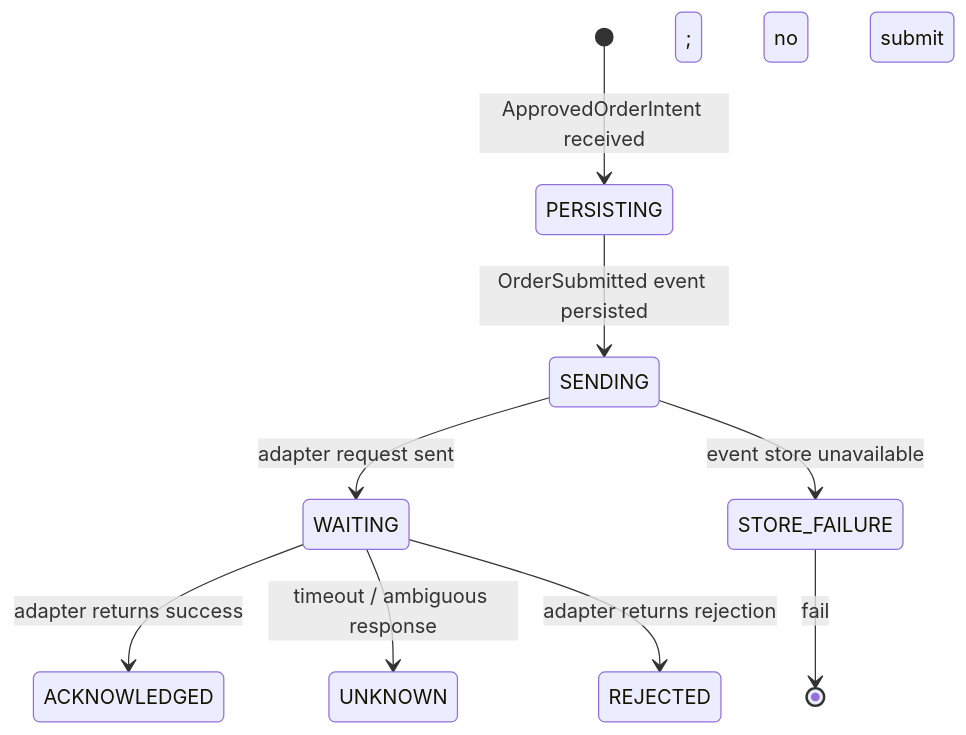
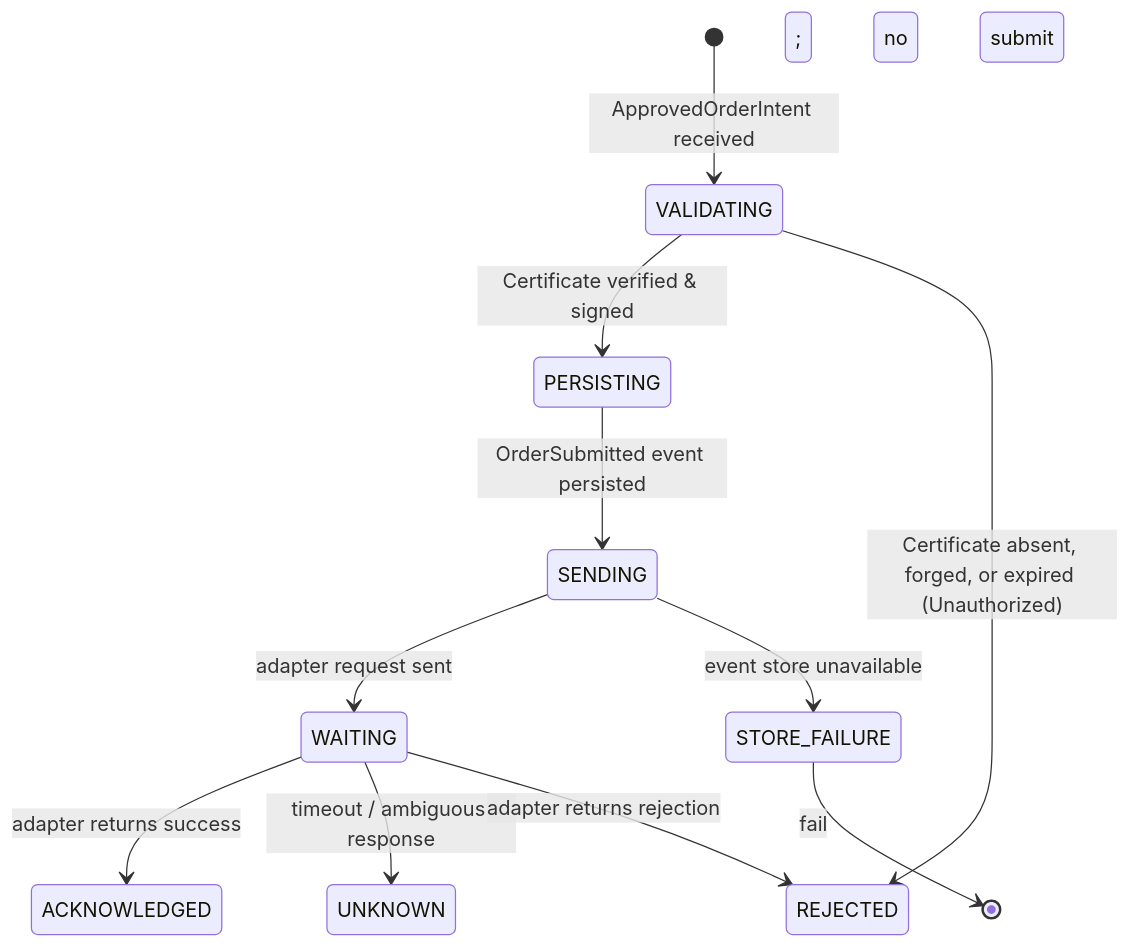
One commit to h00939sathish/Project-TITAN changed the diagram in specifications/Execution.spec.md. Above: the diagram before and after it, drawn with Mermaid. The commit also changed other lines of this file and 175 other files, not shown here.

````diff
--- a/specifications/Execution.spec.md
+++ b/specifications/Execution.spec.md
@@ -37,11 +37,13 @@
 ```mermaid
 stateDiagram-v2
-  [*] --> PERSISTING: ApprovedOrderIntent received
+  [*] --> VALIDATING: ApprovedOrderIntent received
+  VALIDATING --> PERSISTING: Certificate verified & signed
+  VALIDATING --> REJECTED: Certificate absent, forged, or expired (Unauthorized)
   PERSISTING --> SENDING: OrderSubmitted event persisted
   SENDING --> WAITING: adapter request sent
   SENDING --> STORE_FAILURE: event store unavailable
   WAITING --> ACKNOWLEDGED: adapter returns success
   WAITING --> UNKNOWN: timeout / ambiguous response
   WAITING --> REJECTED: adapter returns rejection
   STORE_FAILURE --> [*]: fail; no submit
 ```
````
